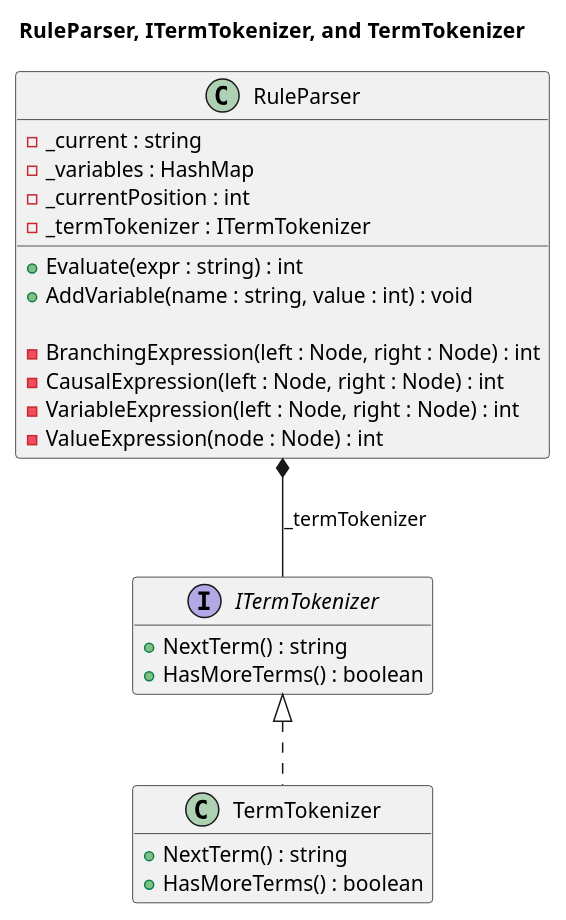
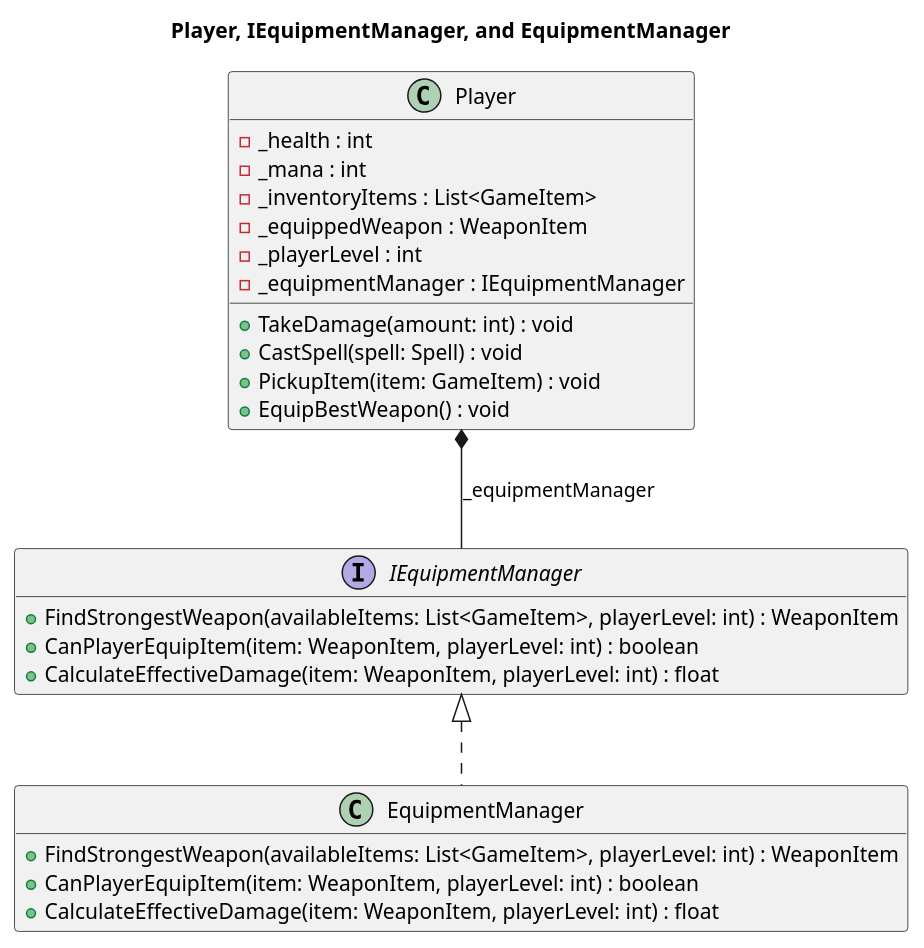
One commit to d-german/code-quality-design changed the third of 3 diagrams in Writerside/topics/How-do-we-write-a-test-for-a-private-method.md. Above: the diagram before and after it, drawn with PlantUML. The commit also changed other lines of this file and 1 other file, not shown here.

Commit message:
Add quiz on test case design and refactor Player class to separate equipment management for improved SRP adherence and testability.

````diff
--- a/Writerside/topics/How-do-we-write-a-test-for-a-private-method.md
+++ b/Writerside/topics/How-do-we-write-a-test-for-a-private-method.md
@@ -101,36 +109,36 @@
 ```PlantUML
-```plantuml
 @startuml
 hide empty members
-title "RuleParser, ITermTokenizer, and TermTokenizer"
+title "Player, IEquipmentManager, and EquipmentManager"
 
-interface ITermTokenizer {
-  + NextTerm() : string
-  + HasMoreTerms() : boolean
+interface IEquipmentManager {
+  + FindStrongestWeapon(availableItems: List<GameItem>, playerLevel: int) : WeaponItem
+  + CanPlayerEquipItem(item: WeaponItem, playerLevel: int) : boolean
+  + CalculateEffectiveDamage(item: WeaponItem, playerLevel: int) : float
 }
 
-class TermTokenizer {
-  + NextTerm() : string
-  + HasMoreTerms() : boolean
+class EquipmentManager implements IEquipmentManager {
+  + FindStrongestWeapon(availableItems: List<GameItem>, playerLevel: int) : WeaponItem
+  + CanPlayerEquipItem(item: WeaponItem, playerLevel: int) : boolean
+  + CalculateEffectiveDamage(item: WeaponItem, playerLevel: int) : float
 }
 
-class RuleParser {
-  - _current : string
-  - _variables : HashMap
-  - _currentPosition : int
-  - _termTokenizer : ITermTokenizer
+class Player {
+  - _health : int
+  - _mana : int
+  - _inventoryItems : List<GameItem>
+  - _equippedWeapon : WeaponItem
+  - _playerLevel : int
+  - _equipmentManager : IEquipmentManager
 
-  + Evaluate(expr : string) : int
-  + AddVariable(name : string, value : int) : void
-
-  - BranchingExpression(left : Node, right : Node) : int
-  - CausalExpression(left : Node, right : Node) : int
-  - VariableExpression(left : Node, right : Node) : int
-  - ValueExpression(node : Node) : int
+  + TakeDamage(amount: int) : void
+  + CastSpell(spell: Spell) : void
+  + PickupItem(item: GameItem) : void
+  + EquipBestWeapon() : void
 }
 
-RuleParser *-- ITermTokenizer : _termTokenizer
-ITermTokenizer <|.. TermTokenizer
+Player *-- IEquipmentManager : _equipmentManager
+
 
 @enduml
 ```
````
